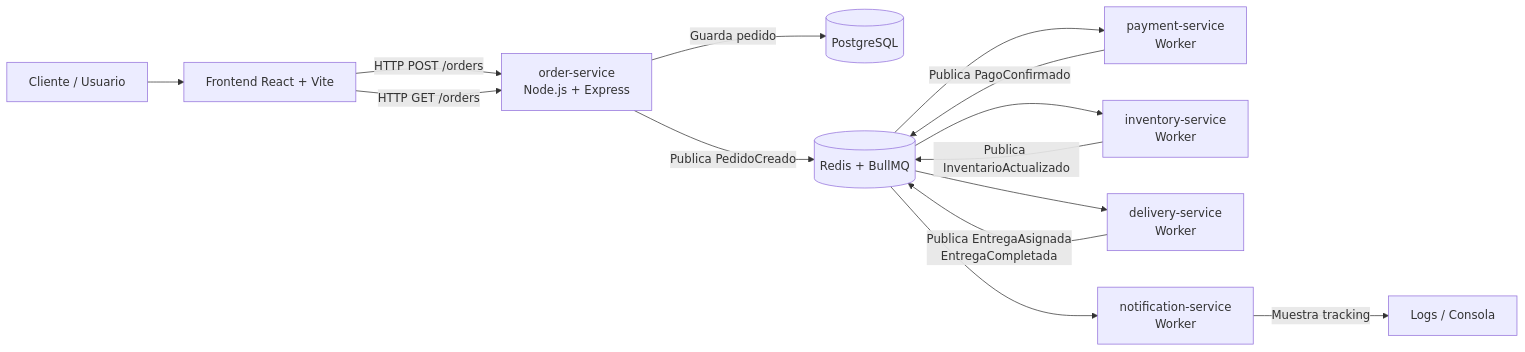
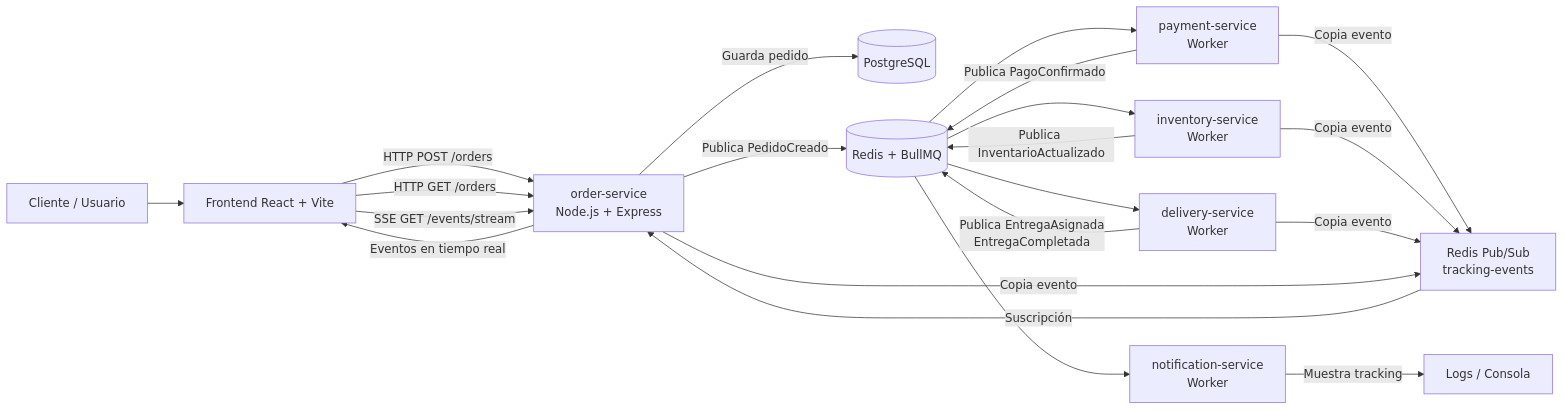
Before and after one commit to gesteb3/Arquitectura-de-Microservicios-Orientada-a-Eventos---Sistema-de-Log-stica-para-Entregas-a-Domicilio: the first of 2 diagrams in docs/DOCUMENTACION_TECNICA.md, drawn with Mermaid. The commit also changed other lines of this file and 2 other files, not shown here.

Commit message:
feat: actualizar documentacion tecnica readme y eventos

````diff
--- a/docs/DOCUMENTACION_TECNICA.md
+++ b/docs/DOCUMENTACION_TECNICA.md
@@ -180,22 +212,31 @@
 ```mermaid
 flowchart LR
     Cliente[Cliente / Usuario] --> Frontend[Frontend React + Vite]
 
     Frontend -->|HTTP POST /orders| OrderService[order-service<br>Node.js + Express]
     Frontend -->|HTTP GET /orders| OrderService
+    Frontend -->|SSE GET /events/stream| OrderService
 
     OrderService -->|Guarda pedido| Postgres[(PostgreSQL)]
     OrderService -->|Publica PedidoCreado| Redis[(Redis + BullMQ)]
 
     Redis --> PaymentService[payment-service<br>Worker]
     PaymentService -->|Publica PagoConfirmado| Redis
 
     Redis --> InventoryService[inventory-service<br>Worker]
     InventoryService -->|Publica InventarioActualizado| Redis
 
     Redis --> DeliveryService[delivery-service<br>Worker]
     DeliveryService -->|Publica EntregaAsignada<br>EntregaCompletada| Redis
 
     Redis --> NotificationService[notification-service<br>Worker]
     NotificationService -->|Muestra tracking| Logs[Logs / Consola]
+
+    PaymentService -->|Copia evento| Tracking[Redis Pub/Sub<br>tracking-events]
+    InventoryService -->|Copia evento| Tracking
+    DeliveryService -->|Copia evento| Tracking
+    OrderService -->|Copia evento| Tracking
+
+    Tracking -->|Suscripción| OrderService
+    OrderService -->|Eventos en tiempo real| Frontend
 ```
````
